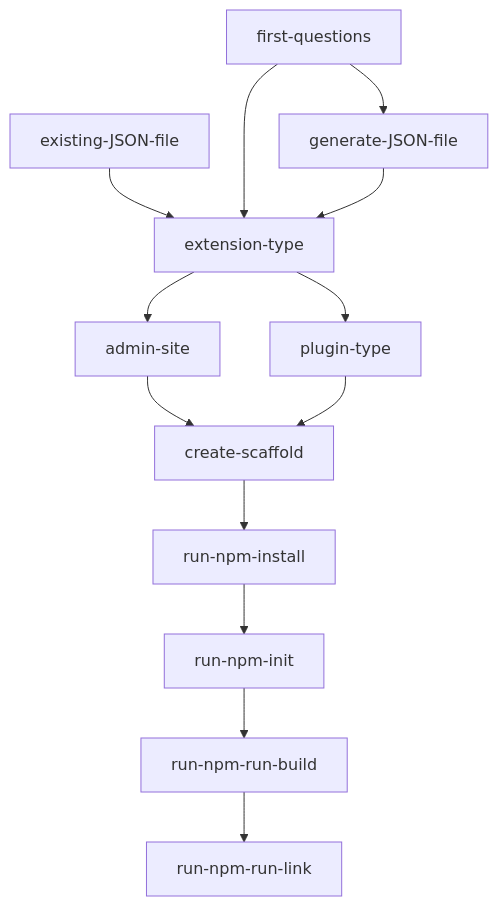
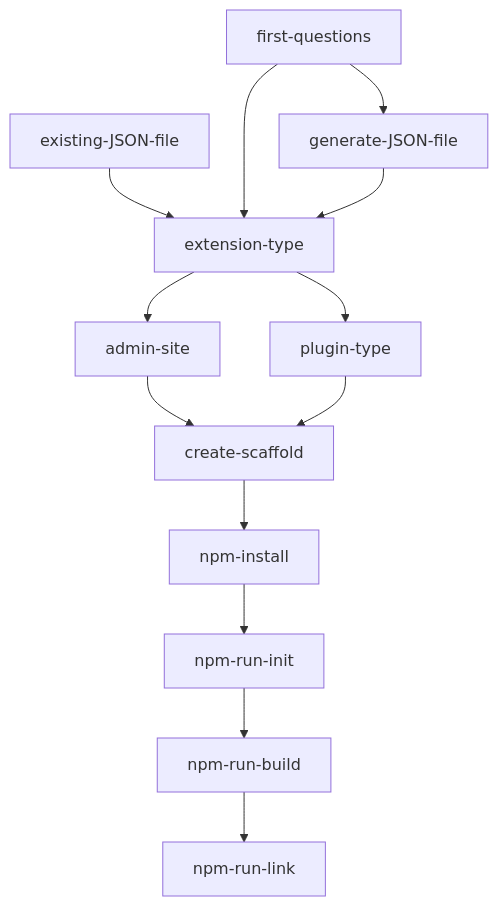
One commit to dgrammatiko/create-joomla-extension changed the diagram in README.md. Above: the diagram before and after it, drawn with Mermaid.

````diff
--- a/README.md
+++ b/README.md
@@ -91,15 +91,15 @@
 ```mermaid
   graph TD;
       existing-JSON-file-->extension-type;
       first-questions-->generate-JSON-file;
       first-questions-->extension-type;
       generate-JSON-file-->extension-type;
       extension-type-->admin-site;
       extension-type-->plugin-type;
       admin-site-->create-scaffold;
       plugin-type-->create-scaffold;
-      create-scaffold-->run-npm-install;
-      run-npm-install-->run-npm-init;
-      run-npm-init-->run-npm-run-build;
-      run-npm-run-build-->run-npm-run-link;      
+      create-scaffold-->npm-install;
+      npm-install-->npm-run-init;
+      npm-run-init-->npm-run-build;
+      npm-run-build-->npm-run-link;      
 ```
````
